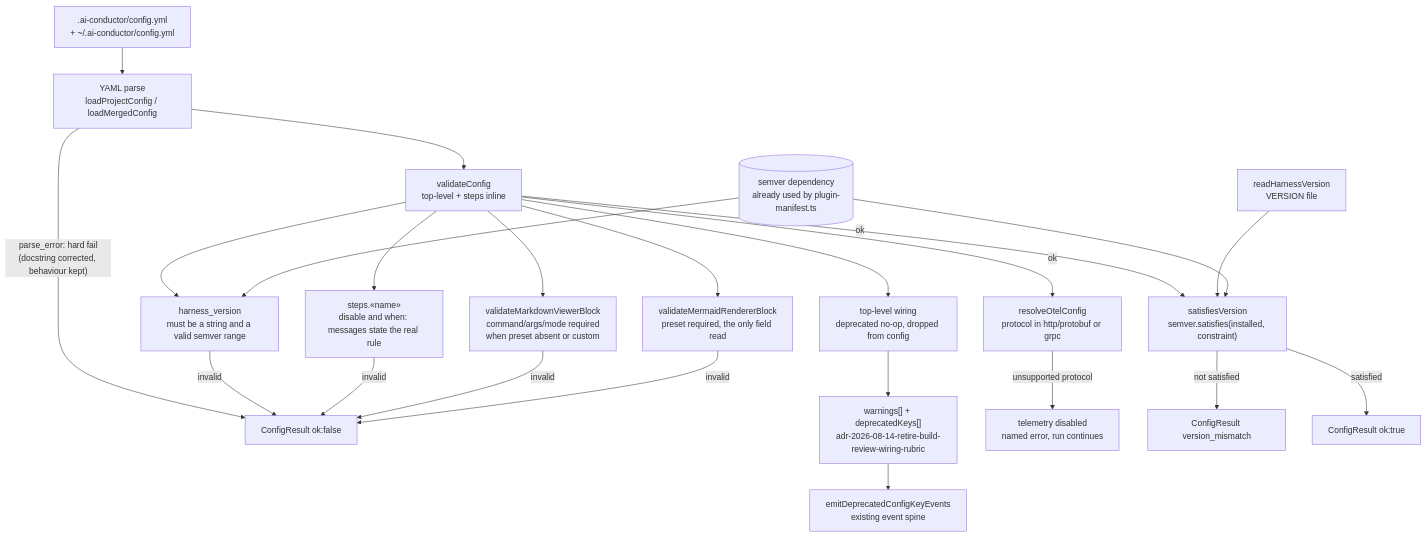
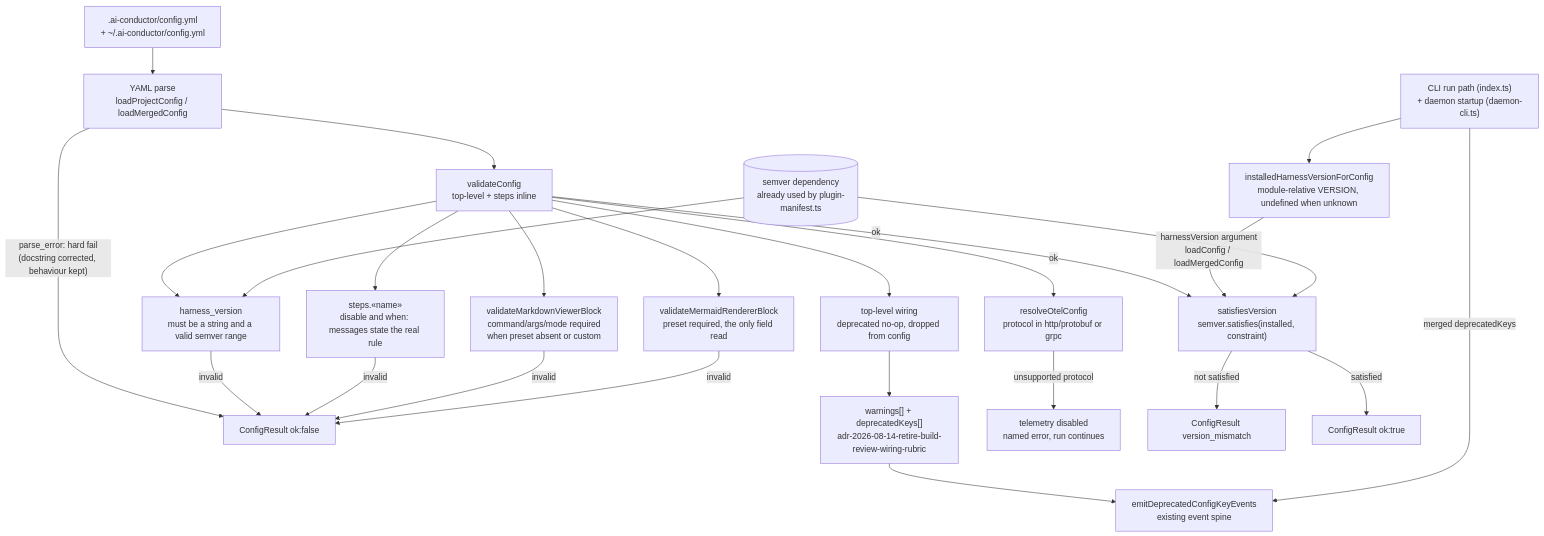
Before and after one commit to jstoup111/ai-conductor: the first of 2 diagrams in .docs/architecture/config-validation-gaps-satisfiesversion-and-six-ot.md, drawn with Mermaid. The commit also changed 2 other files, not shown here.

Commit message:
docs(plan): add production-caller wiring tasks for as-built AB-1..AB-3
Operator-approved as-built recovery: Task 8 wires the installed harness
version into CLI and daemon config loads (AB-1), Task 9 emits merged
deprecated keys from both startups (AB-3), Task 10 registers custom
parallel groups in ADR 004's step shape (AB-2).

````diff
--- a/.docs/architecture/config-validation-gaps-satisfiesversion-and-six-ot.md
+++ b/.docs/architecture/config-validation-gaps-satisfiesversion-and-six-ot.md
@@ -10,25 +10,27 @@
 ```mermaid
 graph TD
     Y[".ai-conductor/config.yml<br/>+ ~/.ai-conductor/config.yml"] --> P["YAML parse<br/>loadProjectConfig / loadMergedConfig"]
     P -->|"parse_error: hard fail<br/>(docstring corrected, behaviour kept)"| E["ConfigResult ok:false"]
     P --> V["validateConfig<br/>top-level + steps inline"]
     V --> HV["harness_version<br/>must be a string and a valid semver range"]
     V --> ST["steps.«name»<br/>disable and when: messages state the real rule"]
     V --> W["top-level wiring<br/>deprecated no-op, dropped from config"]
     V --> MV["validateMarkdownViewerBlock<br/>command/args/mode required<br/>when preset absent or custom"]
     V --> MR["validateMermaidRendererBlock<br/>preset required, the only field read"]
     HV -->|invalid| E
     ST -->|invalid| E
     MV -->|invalid| E
     MR -->|invalid| E
     W --> WR["warnings[] + deprecatedKeys[]<br/>adr-2026-08-14-retire-build-review-wiring-rubric"]
     WR --> EV["emitDeprecatedConfigKeyEvents<br/>existing event spine"]
     V -->|ok| RO["resolveOtelConfig<br/>protocol in http/protobuf or grpc"]
     RO -->|"unsupported protocol"| TD["telemetry disabled<br/>named error, run continues"]
     V -->|ok| G["satisfiesVersion<br/>semver.satisfies(installed, constraint)"]
-    RV["readHarnessVersion<br/>VERSION file"] --> G
+    EP["CLI run path (index.ts)<br/>+ daemon startup (daemon-cli.ts)"] --> RV["installedHarnessVersionForConfig<br/>module-relative VERSION, undefined when unknown"]
+    RV -->|"harnessVersion argument<br/>loadConfig / loadMergedConfig"| G
+    EP -->|"merged deprecatedKeys"| EV
     G -->|"not satisfied"| VM["ConfigResult version_mismatch"]
     G -->|satisfied| OK["ConfigResult ok:true"]
     SV[("semver dependency<br/>already used by plugin-manifest.ts")] --> HV
     SV --> G
 ```
````
